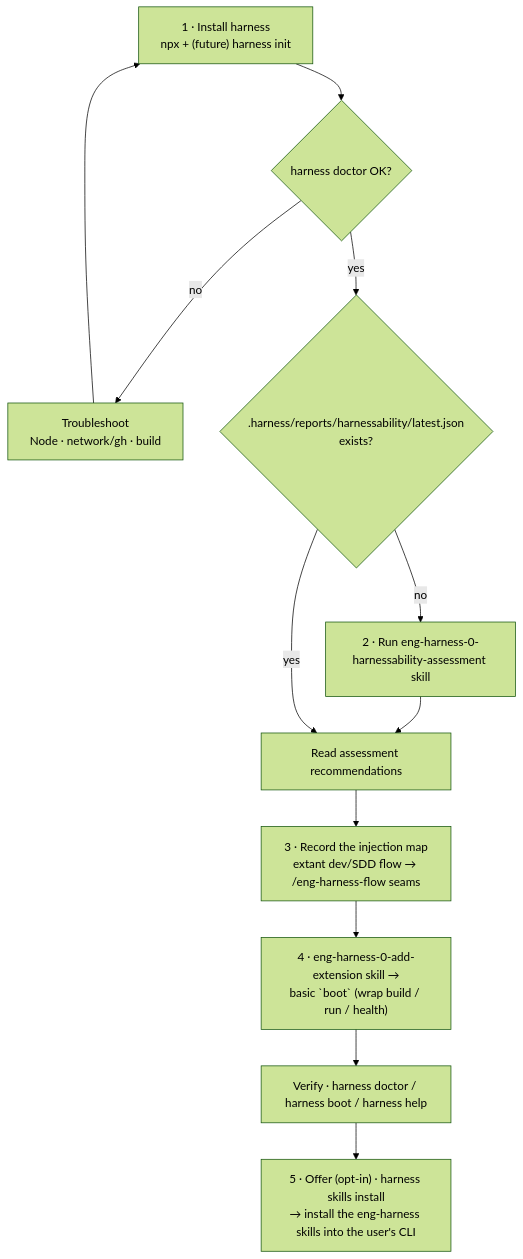
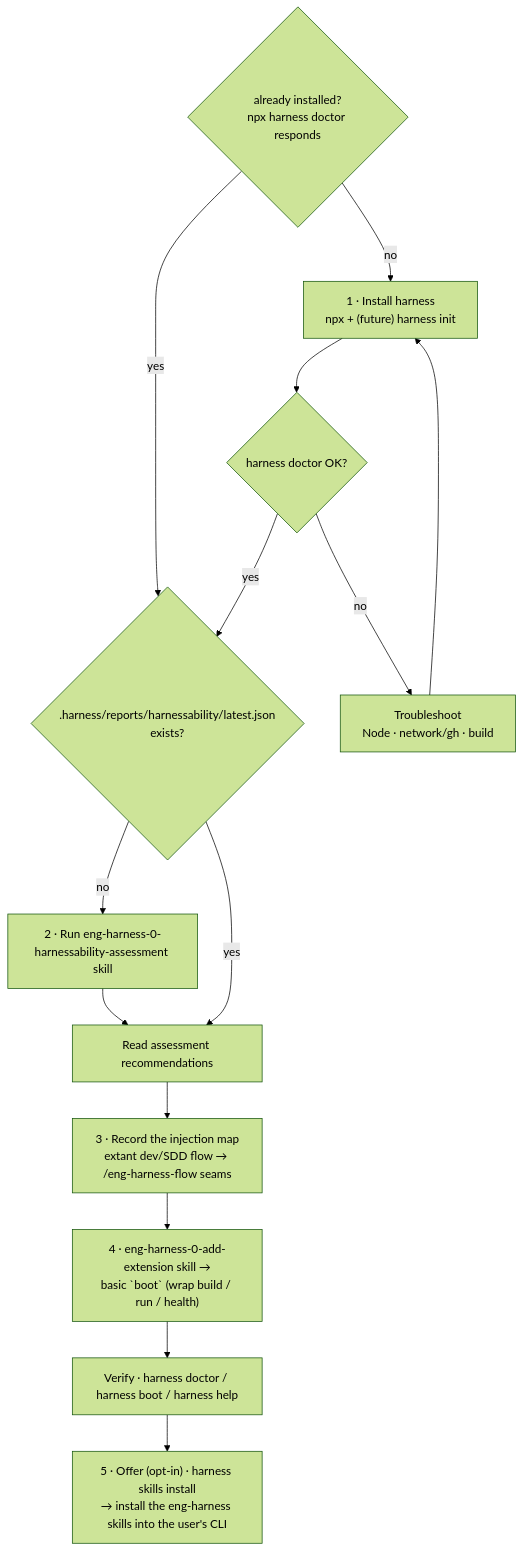
Before and after one commit to AI-Substrate/harness-engineering: the diagram in skills/eng-harness-setup/eng-harness-0-setup/SKILL.md, drawn with Mermaid (forest theme). The commit also changed other lines of this file, not shown here.

First line of the commit message:
fix(skills): setup probes for an existing harness before installing

````diff
--- a/skills/eng-harness-setup/eng-harness-0-setup/SKILL.md
+++ b/skills/eng-harness-setup/eng-harness-0-setup/SKILL.md
@@ -15,12 +15,13 @@
 ```mermaid
 flowchart TD
-    A["1 · Install harness<br/>npx + (future) harness init"] --> Ad{harness doctor OK?}
+    P{"already installed?<br/>npx harness doctor responds"} -- yes --> C
+    P -- no --> A["1 · Install harness<br/>npx + (future) harness init"] --> Ad{harness doctor OK?}
     Ad -- no --> At["Troubleshoot<br/>Node · network/gh · build"] --> A
     Ad -- yes --> C{".harness/reports/harnessability/latest.json<br/>exists?"}
     C -- no --> D["2 · Run eng-harness-0-harnessability-assessment skill"] --> E
     C -- yes --> E["Read assessment recommendations"]
     E --> I["3 · Record the injection map<br/>extant dev/SDD flow → /eng-harness-flow seams"]
     I --> F["4 · eng-harness-0-add-extension skill →<br/>basic `boot` (wrap build / run / health)"]
     F --> V["Verify · harness doctor / harness boot / harness help"]
     V --> S["5 · Offer (opt-in) · harness skills install<br/>→ install the eng-harness skills into the user's CLI"]
 ```
````
